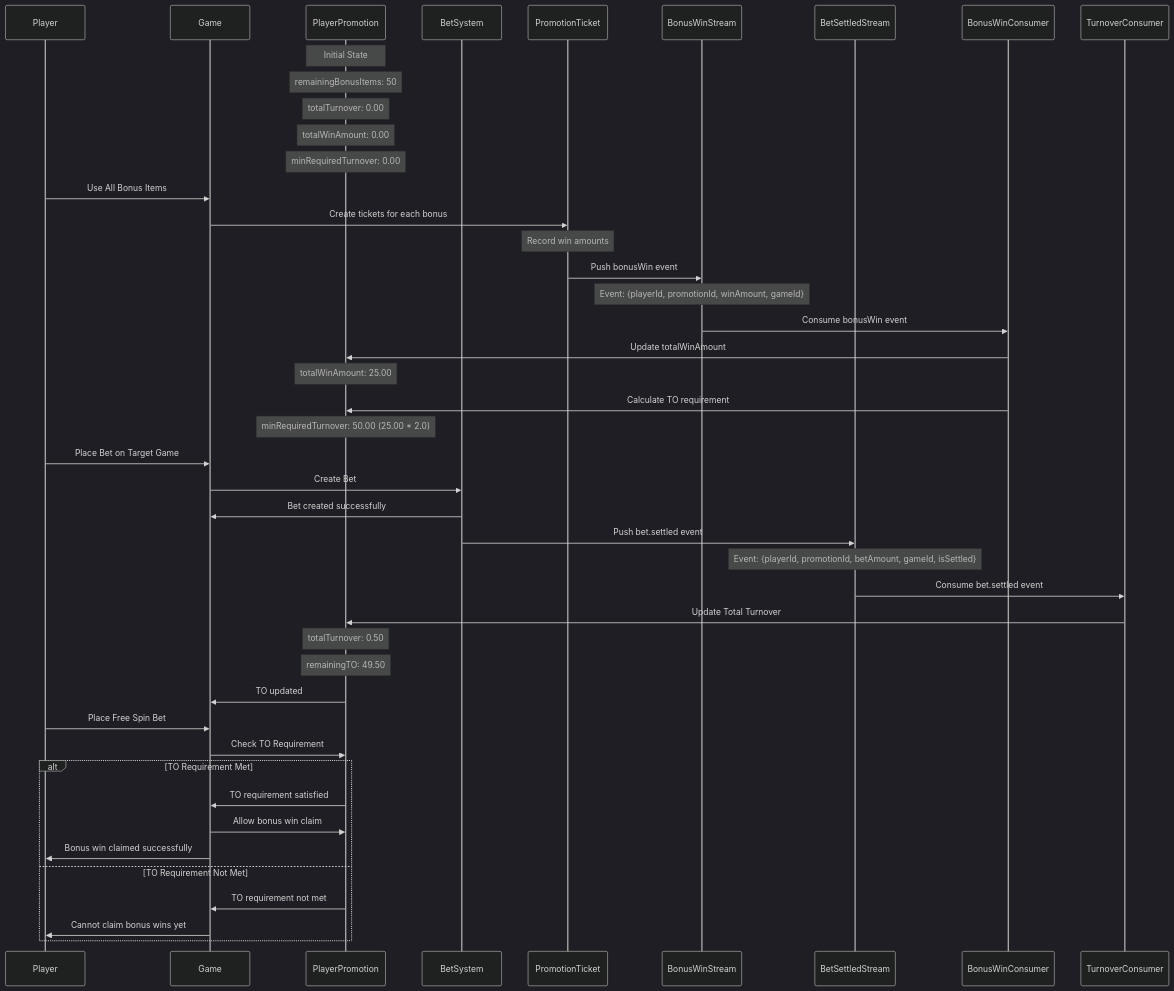
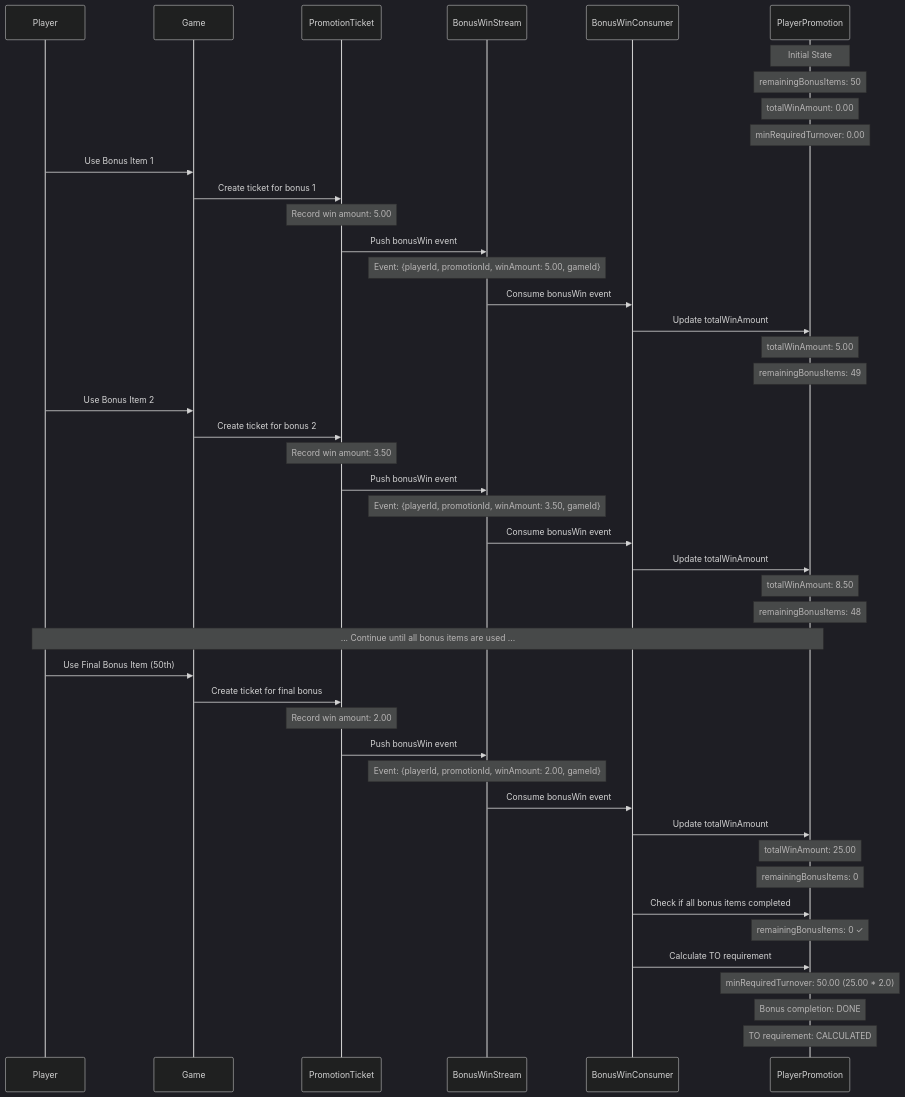
Before and after one commit to starixvn/l1_backend-services_game-promotion-api: the second of 6 diagrams in diagrams/data-models/PromotionConfiguration.md, drawn with Mermaid (dark theme). The commit also changed other lines of this file and 1 other file, not shown here.

Commit message:
doc: split to smaller flows

````diff
--- a/diagrams/data-models/PromotionConfiguration.md
+++ b/diagrams/data-models/PromotionConfiguration.md
@@ -182,54 +184,56 @@
 ```mermaid
 sequenceDiagram
     participant Player
     participant Game
-    participant PP as PlayerPromotion
-    participant B as BetSystem
     participant PT as PromotionTicket
     participant BonusWinStream
-    participant BetSettledStream
     participant BonusWinConsumer
-    participant TurnoverConsumer
+    participant PP as PlayerPromotion
 
     Note over PP: Initial State
     Note over PP: remainingBonusItems: 50
-    Note over PP: totalTurnover: 0.00
     Note over PP: totalWinAmount: 0.00
     Note over PP: minRequiredTurnover: 0.00
 
-    Player->>Game: Use All Bonus Items
-    Game->>PT: Create tickets for each bonus
-    Note over PT: Record win amounts
+    Player->>Game: Use Bonus Item 1
+    Game->>PT: Create ticket for bonus 1
+    Note over PT: Record win amount: 5.00
     PT->>BonusWinStream: Push bonusWin event
-    Note over BonusWinStream: Event: {playerId, promotionId, winAmount, gameId}
+    Note over BonusWinStream: Event: {playerId, promotionId, winAmount: 5.00, gameId}
+
+    BonusWinStream->>BonusWinConsumer: Consume bonusWin event
+    BonusWinConsumer->>PP: Update totalWinAmount
+    Note over PP: totalWinAmount: 5.00
+    Note over PP: remainingBonusItems: 49
+
+    Player->>Game: Use Bonus Item 2
+    Game->>PT: Create ticket for bonus 2
+    Note over PT: Record win amount: 3.50
+    PT->>BonusWinStream: Push bonusWin event
+    Note over BonusWinStream: Event: {playerId, promotionId, winAmount: 3.50, gameId}
+
+    BonusWinStream->>BonusWinConsumer: Consume bonusWin event
+    BonusWinConsumer->>PP: Update totalWinAmount
+    Note over PP: totalWinAmount: 8.50
+    Note over PP: remainingBonusItems: 48
+
+    Note over Player,PP: ... Continue until all bonus items are used ...
+
+    Player->>Game: Use Final Bonus Item (50th)
+    Game->>PT: Create ticket for final bonus
+    Note over PT: Record win amount: 2.00
+    PT->>BonusWinStream: Push bonusWin event
+    Note over BonusWinStream: Event: {playerId, promotionId, winAmount: 2.00, gameId}
 
     BonusWinStream->>BonusWinConsumer: Consume bonusWin event
     BonusWinConsumer->>PP: Update totalWinAmount
     Note over PP: totalWinAmount: 25.00
+    Note over PP: remainingBonusItems: 0
+
+    BonusWinConsumer->>PP: Check if all bonus items completed
+    Note over PP: remainingBonusItems: 0 ✓
     BonusWinConsumer->>PP: Calculate TO requirement
     Note over PP: minRequiredTurnover: 50.00 (25.00 * 2.0)
-
-    Player->>Game: Place Bet on Target Game
-    Game->>B: Create Bet
-    B->>Game: Bet created successfully
-
-    B->>BetSettledStream: Push bet.settled event
-    Note over BetSettledStream: Event: {playerId, promotionId, betAmount, gameId, isSettled}
-
-    BetSettledStream->>TurnoverConsumer: Consume bet.settled event
-    TurnoverConsumer->>PP: Update Total Turnover
-    Note over PP: totalTurnover: 0.50
-    Note over PP: remainingTO: 49.50
-    PP->>Game: TO updated
-
-    Player->>Game: Place Free Spin Bet
-    Game->>PP: Check TO Requirement
-    alt TO Requirement Met
-        PP->>Game: TO requirement satisfied
-        Game->>PP: Allow bonus win claim
-        Game->>Player: Bonus win claimed successfully
-    else TO Requirement Not Met
-        PP->>Game: TO requirement not met
-        Game->>Player: Cannot claim bonus wins yet
-    end
+    Note over PP: Bonus completion: DONE
+    Note over PP: TO requirement: CALCULATED
 ```
````
